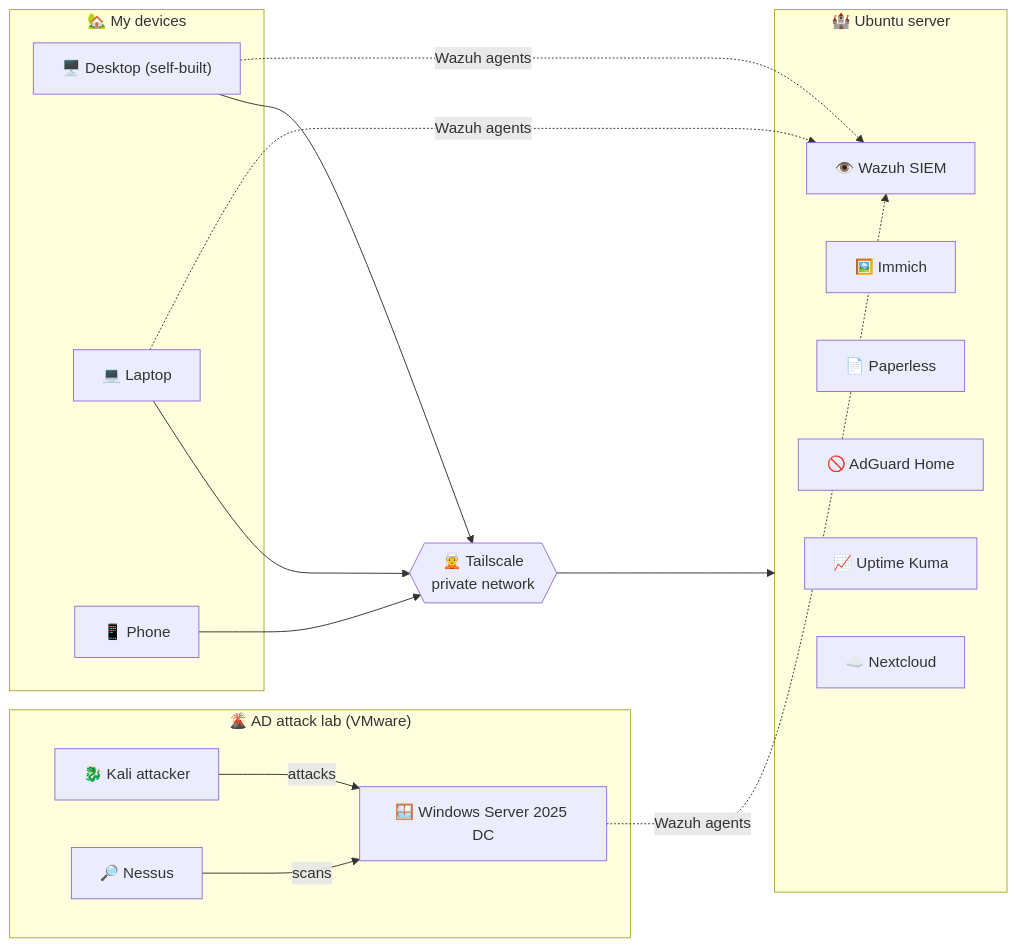
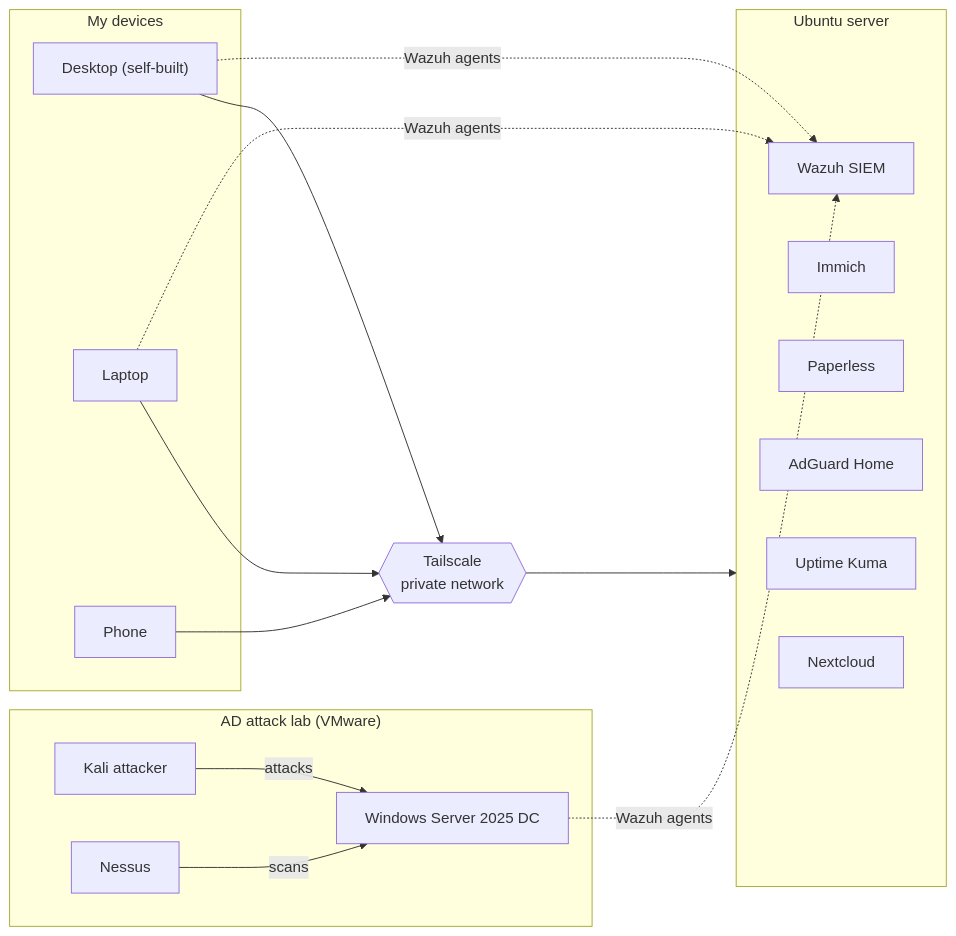
One commit to liamskillern/homelab changed the diagram in README.md. Above: the diagram before and after it, drawn with Mermaid. The commit also changed other lines of this file, not shown here.

Commit message:
Make homelab page fully professional (drop themed wording)
Claude-Session: https://claude.ai/code/session_01HGWharQTrK9GgkceqnKNND

````diff
--- a/README.md
+++ b/README.md
@@ -37,30 +35,30 @@
 ```mermaid
 flowchart LR
-    subgraph Shire["🏡 My devices"]
-        PC["🖥️ Desktop (self-built)"]
-        Laptop["💻 Laptop"]
-        Phone["📱 Phone"]
+    subgraph Devices["My devices"]
+        PC["Desktop (self-built)"]
+        Laptop["Laptop"]
+        Phone["Phone"]
     end
 
-    TS{{"🧝 Tailscale<br/>private network"}}
+    TS{{"Tailscale<br/>private network"}}
 
-    subgraph MinasTirith["🏰 Ubuntu server"]
-        NC["☁️ Nextcloud"]
-        IM["🖼️ Immich"]
-        PL["📄 Paperless"]
-        AG["🚫 AdGuard Home"]
-        UK["📈 Uptime Kuma"]
-        WZ["👁️ Wazuh SIEM"]
+    subgraph Server["Ubuntu server"]
+        NC["Nextcloud"]
+        IM["Immich"]
+        PL["Paperless"]
+        AG["AdGuard Home"]
+        UK["Uptime Kuma"]
+        WZ["Wazuh SIEM"]
     end
 
-    subgraph Mordor["🌋 AD attack lab (VMware)"]
-        DC["🪟 Windows Server 2025 DC"]
-        KALI["🐉 Kali attacker"]
-        NS["🔎 Nessus"]
+    subgraph ADLab["AD attack lab (VMware)"]
+        DC["Windows Server 2025 DC"]
+        KALI["Kali attacker"]
+        NS["Nessus"]
     end
 
-    PC & Laptop & Phone --> TS --> MinasTirith
+    PC & Laptop & Phone --> TS --> Server
     KALI -- attacks --> DC
     NS -- scans --> DC
     PC & Laptop & DC -. Wazuh agents .-> WZ
 ```
````
